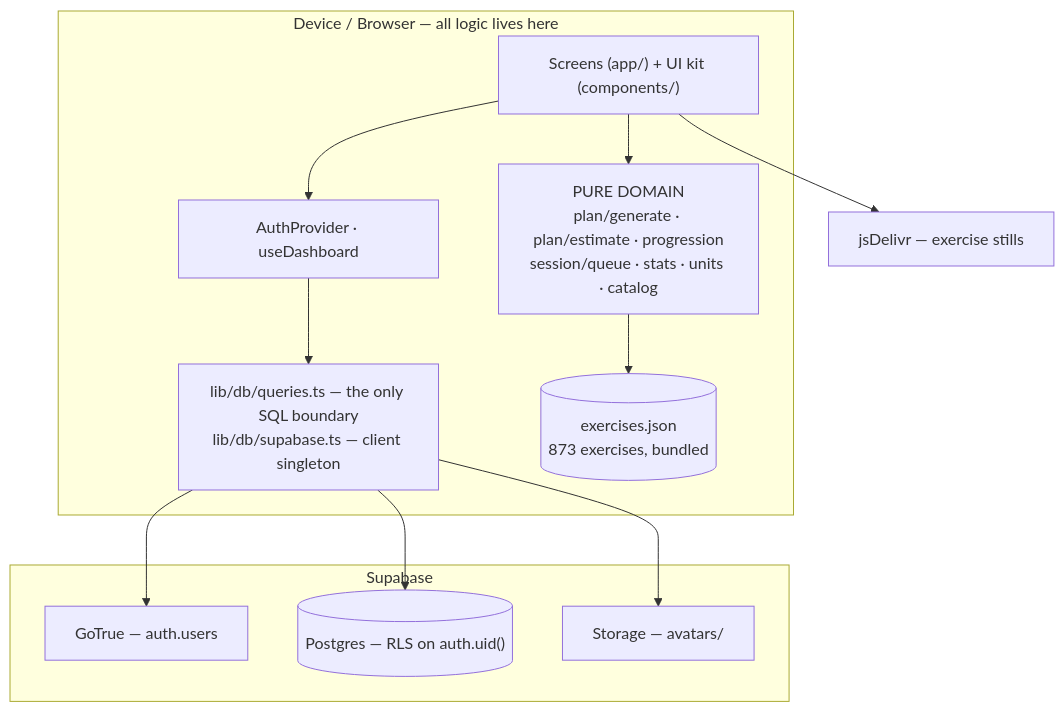
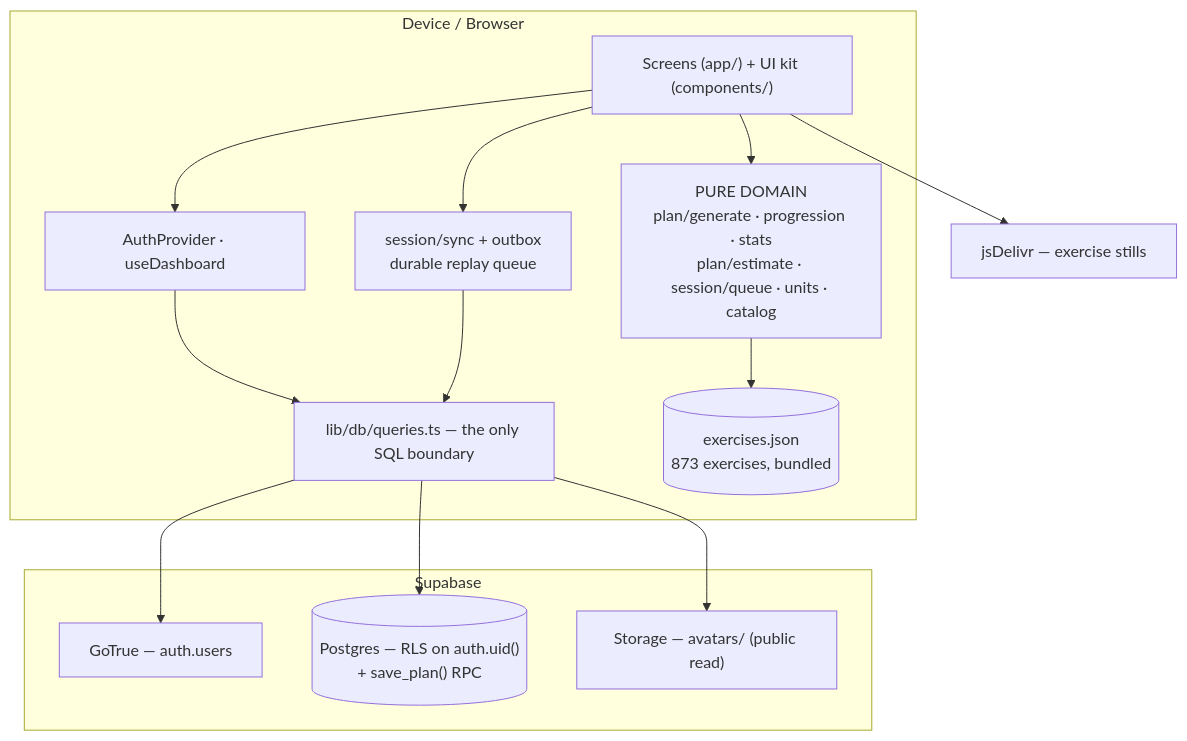
The first of 7 diagrams in docs/ENGINEERING_HANDOFF.md (mateosauton/personal-trainer), drawn with Mermaid before and after one commit. The commit also changed other lines of this file and 1 other file, not shown here.

````diff
--- a/docs/ENGINEERING_HANDOFF.md
+++ b/docs/ENGINEERING_HANDOFF.md
@@ -291,27 +281,30 @@
 ```mermaid
 graph TB
-    subgraph device["Device / Browser — all logic lives here"]
+    subgraph device["Device / Browser"]
         UI["Screens (app/) + UI kit (components/)"]
         HK["AuthProvider · useDashboard"]
-        DOM["PURE DOMAIN<br/>plan/generate · plan/estimate · progression<br/>session/queue · stats · units · catalog"]
-        DAT["lib/db/queries.ts — the only SQL boundary<br/>lib/db/supabase.ts — client singleton"]
+        OB["session/sync + outbox<br/>durable replay queue"]
+        DOM["PURE DOMAIN<br/>plan/generate · progression · stats<br/>plan/estimate · session/queue · units · catalog"]
+        DAT["lib/db/queries.ts — the only SQL boundary"]
         JSON[("exercises.json<br/>873 exercises, bundled")]
     end
 
     subgraph cloud["Supabase"]
         AU["GoTrue — auth.users"]
-        PG[("Postgres — RLS on auth.uid()")]
-        SO["Storage — avatars/"]
+        PG[("Postgres — RLS on auth.uid()<br/>+ save_plan() RPC")]
+        SO["Storage — avatars/ (public read)"]
     end
 
     CDN["jsDelivr — exercise stills"]
 
     UI --> HK
     UI --> DOM
+    UI --> OB
     HK --> DAT
+    OB --> DAT
     DOM --> JSON
     DAT --> AU
     DAT --> PG
     DAT --> SO
     UI --> CDN
 ```
````
